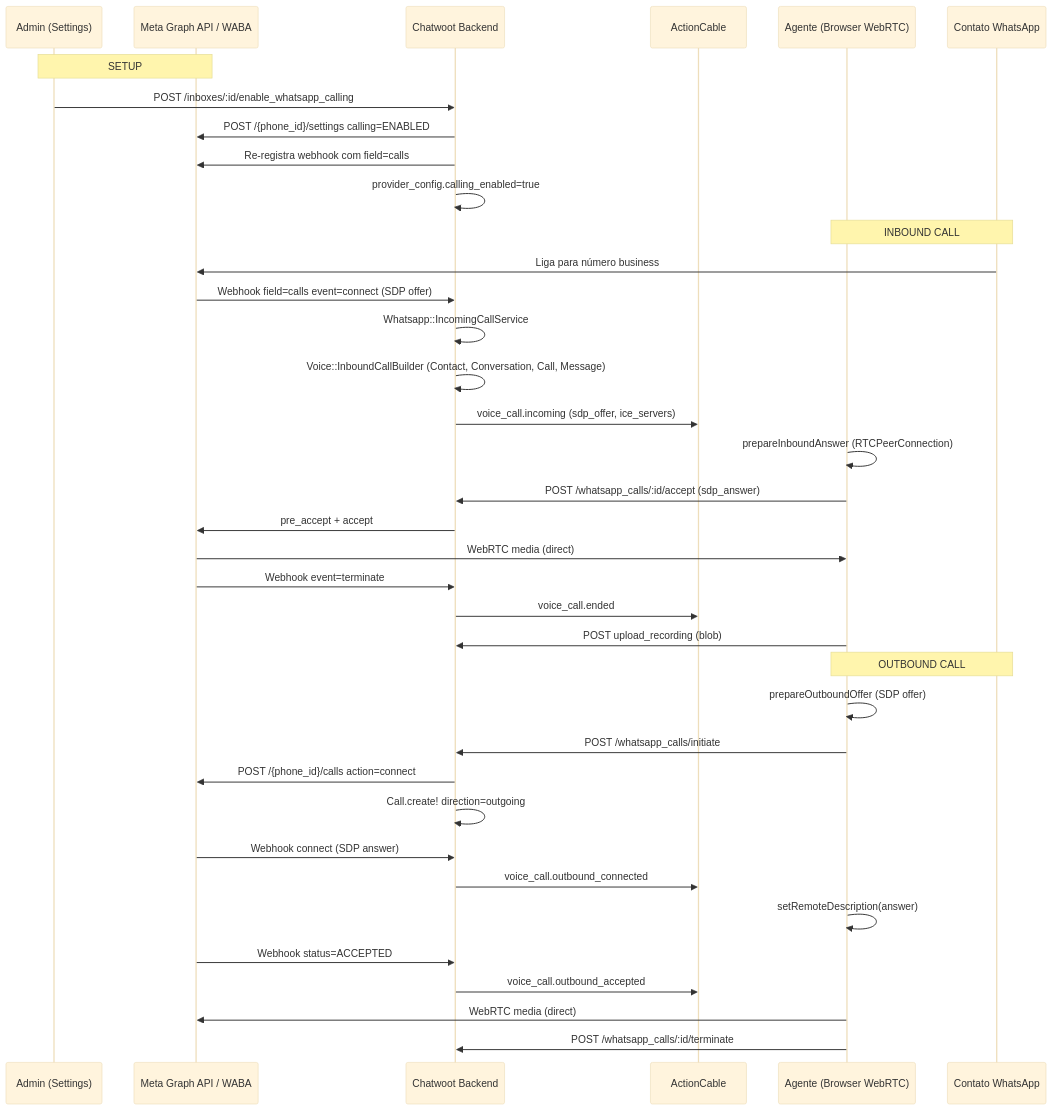
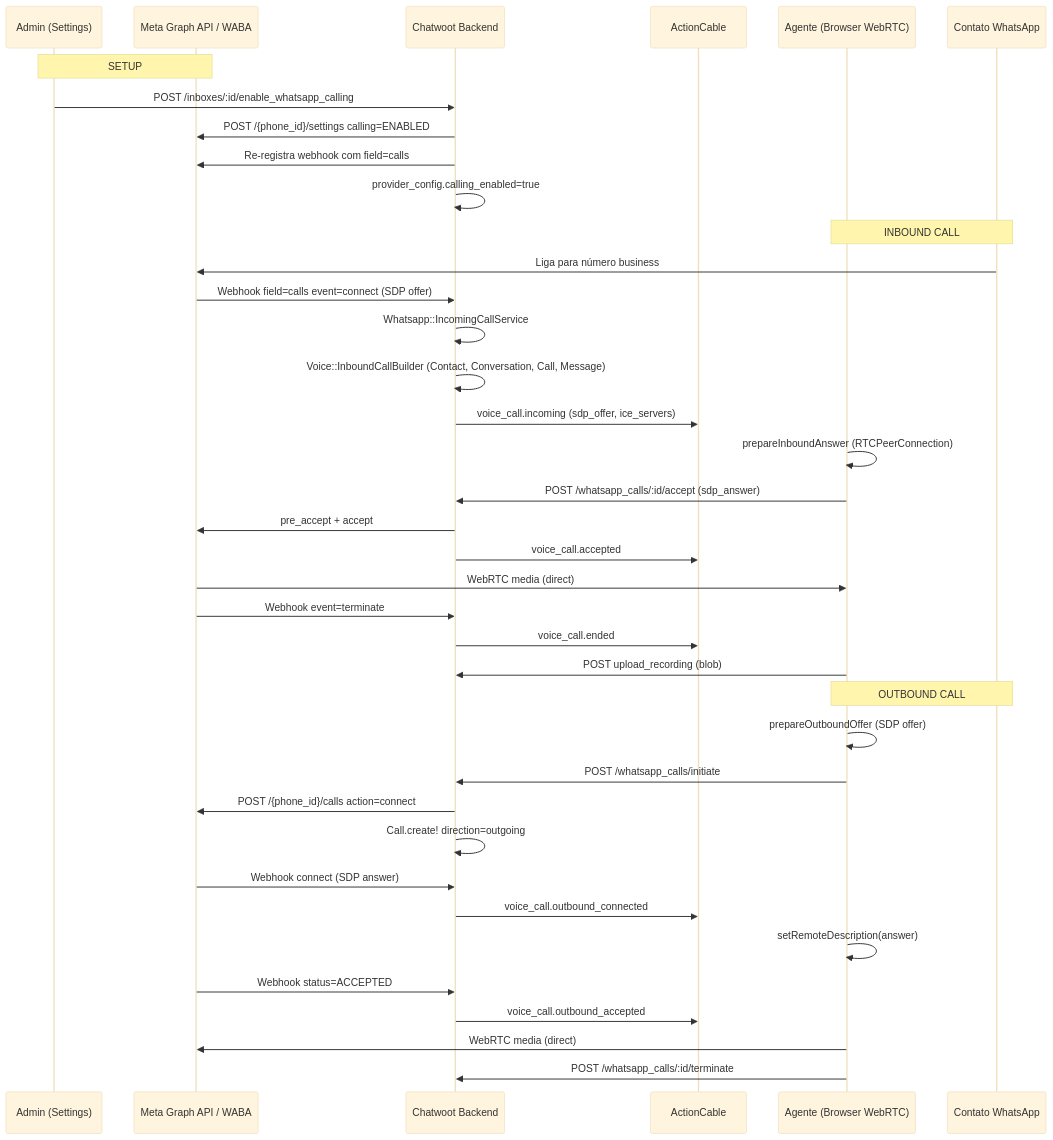
The first of 2 diagrams in doc/feature/whatsapp-voice/architecture-and-flow.md (cesar-carlos/chatwoot), drawn with Mermaid (base theme) before and after one commit. The commit also changed other lines of this file and 16 other files, not shown here.

````diff
--- a/doc/feature/whatsapp-voice/architecture-and-flow.md
+++ b/doc/feature/whatsapp-voice/architecture-and-flow.md
@@ -31,42 +45,43 @@
 ```mermaid
 sequenceDiagram
     participant Admin as Admin (Settings)
     participant Meta as Meta Graph API / WABA
     participant CW as Chatwoot Backend
     participant Cable as ActionCable
     participant Agent as Agente (Browser WebRTC)
     participant Contact as Contato WhatsApp
 
     Note over Admin,Meta: SETUP
     Admin->>CW: POST /inboxes/:id/enable_whatsapp_calling
     CW->>Meta: POST /{phone_id}/settings calling=ENABLED
     CW->>Meta: Re-registra webhook com field=calls
     CW->>CW: provider_config.calling_enabled=true
 
     Note over Contact,Agent: INBOUND CALL
     Contact->>Meta: Liga para número business
     Meta->>CW: Webhook field=calls event=connect (SDP offer)
     CW->>CW: Whatsapp::IncomingCallService
     CW->>CW: Voice::InboundCallBuilder (Contact, Conversation, Call, Message)
     CW->>Cable: voice_call.incoming (sdp_offer, ice_servers)
     Agent->>Agent: prepareInboundAnswer (RTCPeerConnection)
     Agent->>CW: POST /whatsapp_calls/:id/accept (sdp_answer)
     CW->>Meta: pre_accept + accept
+    CW->>Cable: voice_call.accepted
     Meta->>Agent: WebRTC media (direct)
     Meta->>CW: Webhook event=terminate
     CW->>Cable: voice_call.ended
     Agent->>CW: POST upload_recording (blob)
 
     Note over Agent,Contact: OUTBOUND CALL
     Agent->>Agent: prepareOutboundOffer (SDP offer)
     Agent->>CW: POST /whatsapp_calls/initiate
     CW->>Meta: POST /{phone_id}/calls action=connect
     CW->>CW: Call.create! direction=outgoing
     Meta->>CW: Webhook connect (SDP answer)
     CW->>Cable: voice_call.outbound_connected
     Agent->>Agent: setRemoteDescription(answer)
     Meta->>CW: Webhook status=ACCEPTED
     CW->>Cable: voice_call.outbound_accepted
     Agent->>Meta: WebRTC media (direct)
     Agent->>CW: POST /whatsapp_calls/:id/terminate
 ```
````
